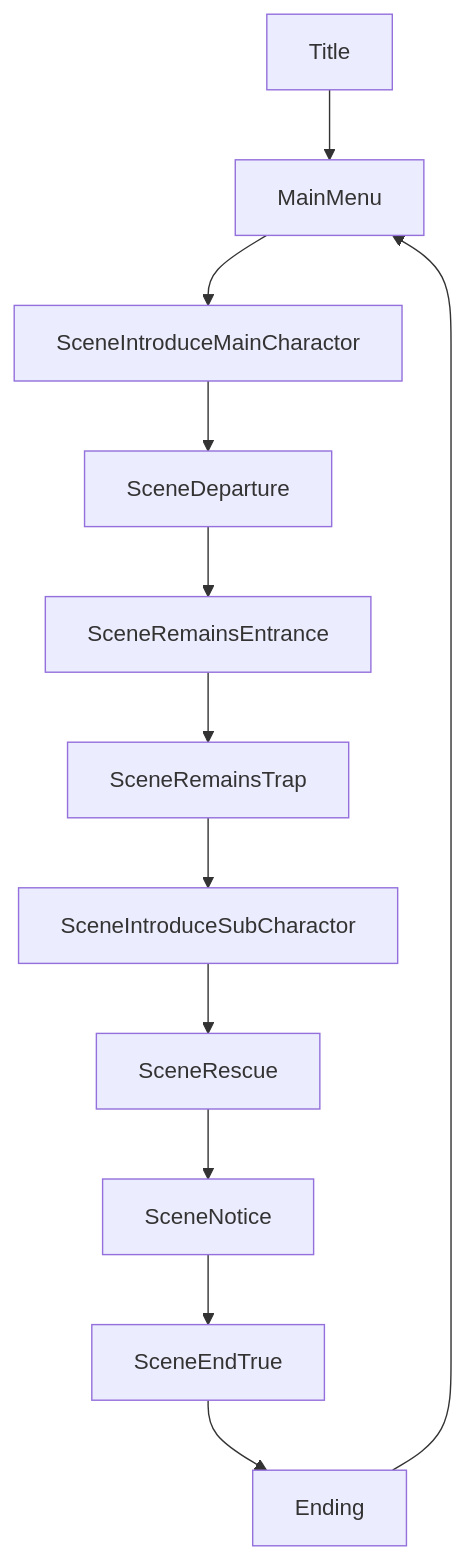
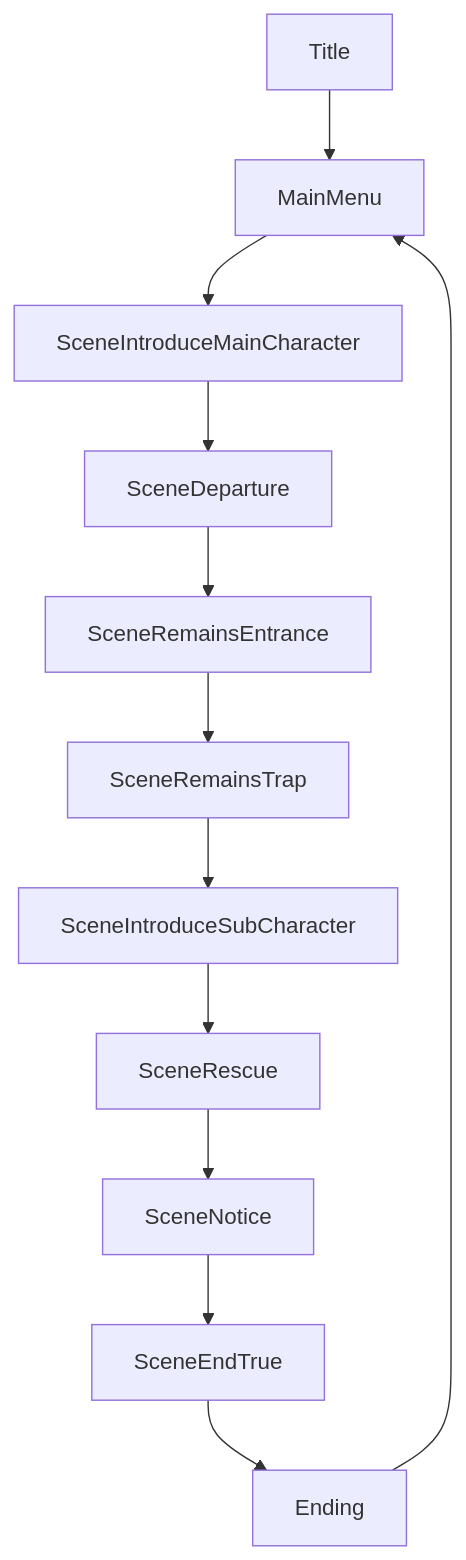
One commit to Arfikait-Sirius/StartStory changed the diagram in Design/Flow.md. Above: the diagram before and after it, drawn with Mermaid.

````diff
--- a/Design/Flow.md
+++ b/Design/Flow.md
@@ -3,14 +3,14 @@
 ```mermaid
 graph TD
     Title --> MainMenu
-    MainMenu --> SceneIntroduceMainCharactor
-    SceneIntroduceMainCharactor --> SceneDeparture
+    MainMenu --> SceneIntroduceMainCharacter
+    SceneIntroduceMainCharacter --> SceneDeparture
     SceneDeparture --> SceneRemainsEntrance
     SceneRemainsEntrance --> SceneRemainsTrap
-    SceneRemainsTrap --> SceneIntroduceSubCharactor
-    SceneIntroduceSubCharactor --> SceneRescue
+    SceneRemainsTrap --> SceneIntroduceSubCharacter
+    SceneIntroduceSubCharacter --> SceneRescue
     SceneRescue --> SceneNotice
     SceneNotice --> SceneEndTrue
     SceneEndTrue --> Ending
     Ending --> MainMenu
 ```
````
